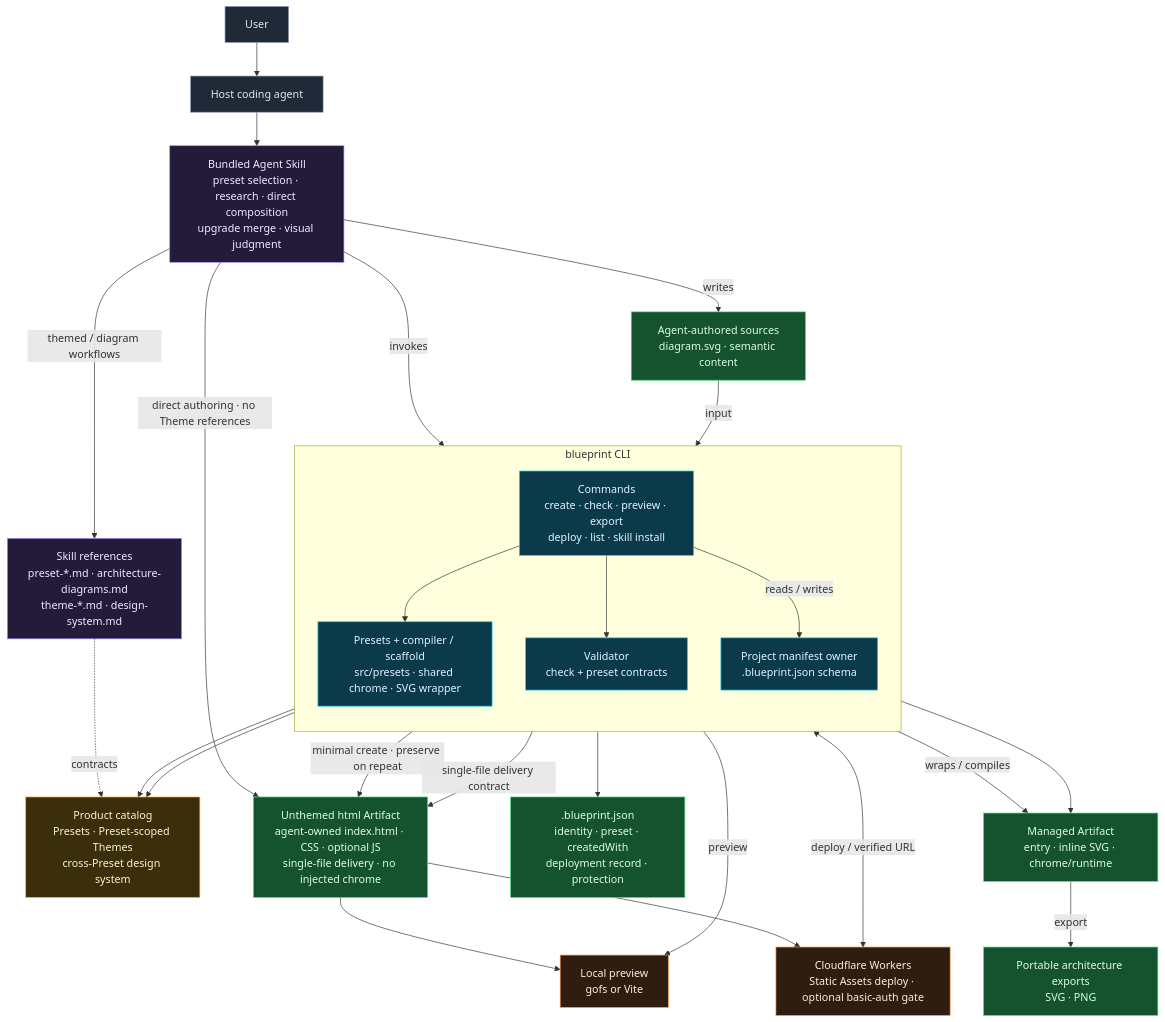
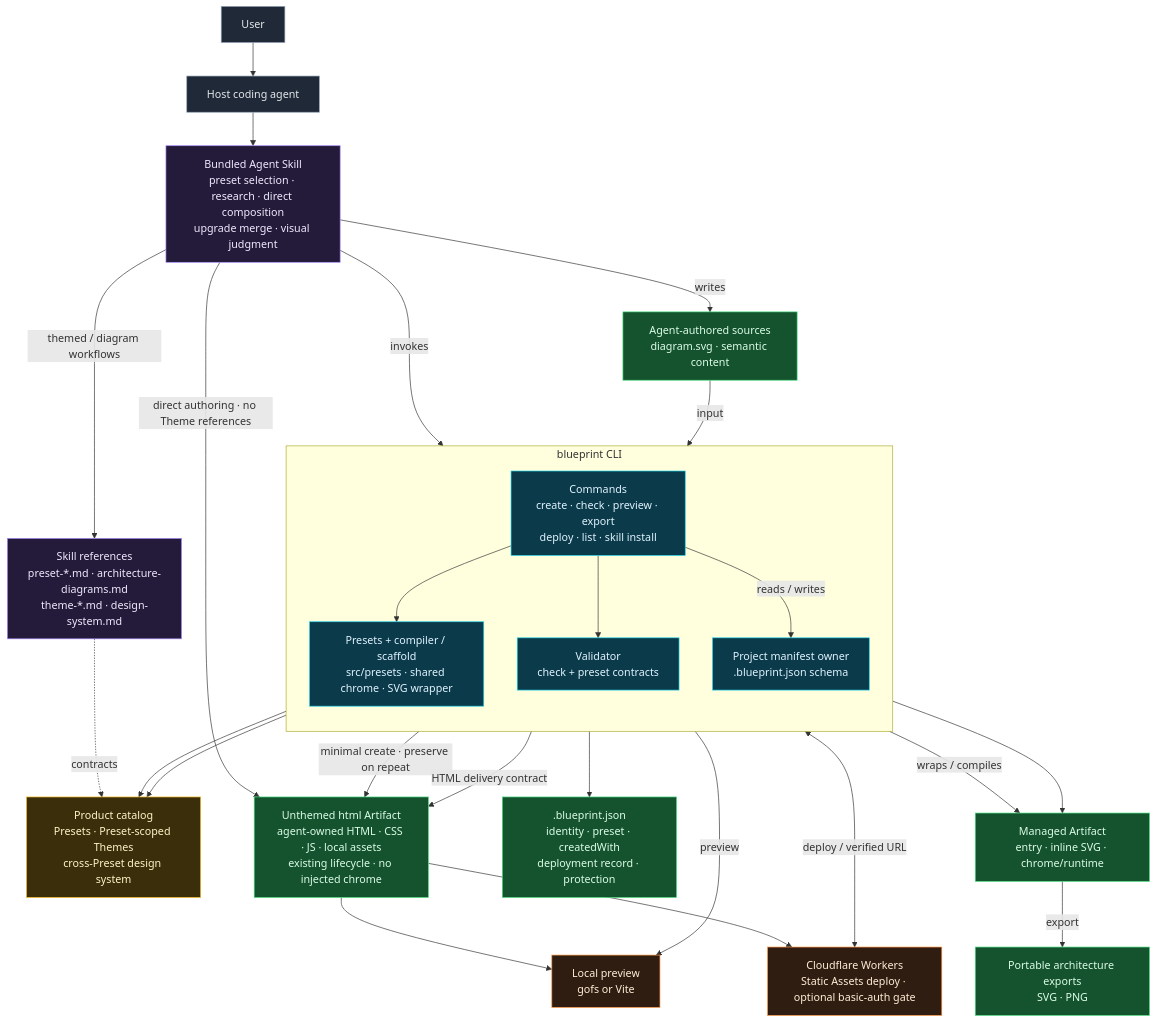
The diagram in docs/architecture/live/blueprint.mmd (samzong/blueprint), drawn with Mermaid before and after one commit. The commit also changed 8 other files, not shown here.

Commit message:
fix(html): preserve local site assets without authoring restrictions

```diff
--- a/docs/architecture/live/blueprint.mmd
+++ b/docs/architecture/live/blueprint.mmd
@@ -1,60 +1,60 @@
 %% blueprint — CLI + Agent Skill architecture
 %% Single source of truth for this repository's system boundary.
 %% UPDATE THIS FILE in the same change whenever the architecture changes.
 %% See README.md in this directory.
 flowchart TB
     classDef actor fill:#1f2937,stroke:#94a3b8,stroke-width:1px,color:#e5e7eb
     classDef skill fill:#241b3a,stroke:#a78bfa,stroke-width:1px,color:#ede9fe
     classDef cli fill:#0b3b4a,stroke:#22d3ee,stroke-width:1px,color:#e0f2fe
     classDef catalog fill:#3b2f0b,stroke:#fbbf24,stroke-width:1px,color:#fef3c7
     classDef artifact fill:#14532d,stroke:#4ade80,stroke-width:1px,color:#dcfce7
     classDef external fill:#2f1d12,stroke:#fb923c,stroke-width:1px,color:#ffedd5
 
     User["User"]:::actor
     Agent["Host coding agent"]:::actor
 
     Skill["Bundled Agent Skill<br/>preset selection · research · direct composition<br/>upgrade merge · visual judgment"]:::skill
     Refs["Skill references<br/>preset-*.md · architecture-diagrams.md<br/>theme-*.md · design-system.md"]:::skill
 
     subgraph CLI["blueprint CLI"]
         direction TB
         Commands["Commands<br/>create · check · preview · export<br/>deploy · list · skill install"]:::cli
         Compiler["Presets + compiler / scaffold<br/>src/presets · shared chrome · SVG wrapper"]:::cli
         Validator["Validator<br/>check + preset contracts"]:::cli
         Manifest["Project manifest owner<br/>.blueprint.json schema"]:::cli
         Commands --> Compiler
         Commands --> Validator
         Commands -->|"reads / writes"| Manifest
     end
 
     Catalog["Product catalog<br/>Presets · Preset-scoped Themes<br/>cross-Preset design system"]:::catalog
 
     Sources["Agent-authored sources<br/>diagram.svg · semantic content"]:::artifact
     Artifact["Managed Artifact<br/>entry · inline SVG · chrome/runtime"]:::artifact
     ProjectMeta[".blueprint.json<br/>identity · preset · createdWith<br/>deployment record · protection"]:::artifact
-    Html["Unthemed html Artifact<br/>agent-owned index.html · CSS · optional JS<br/>single-file delivery · no injected chrome"]:::artifact
+    Html["Unthemed html Artifact<br/>agent-owned HTML · CSS · JS · local assets<br/>existing lifecycle · no injected chrome"]:::artifact
     Portable["Portable architecture exports<br/>SVG · PNG"]:::artifact
 
     Preview["Local preview<br/>gofs or Vite"]:::external
     Wrangler["Cloudflare Workers<br/>Static Assets deploy · optional basic-auth gate"]:::external
 
     User --> Agent
     Agent --> Skill
     Skill -->|"themed / diagram workflows"| Refs
     Skill -->|"invokes"| Commands
     Skill -->|"writes"| Sources
     Skill -->|"direct authoring · no Theme references"| Html
     Commands -->|"minimal create · preserve on repeat"| Html
-    Validator -->|"single-file delivery contract"| Html
+    Validator -->|"HTML delivery contract"| Html
     Html --> Preview
     Html --> Wrangler
     Refs -.->|"contracts"| Catalog
     Compiler --> Catalog
     Validator --> Catalog
     Sources -->|"input"| Compiler
     Compiler -->|"wraps / compiles"| Artifact
     Artifact -->|"export"| Portable
     Validator --> Artifact
     Manifest --> ProjectMeta
     Commands -->|"preview"| Preview
     Commands <-->|"deploy / verified URL"| Wrangler
```
